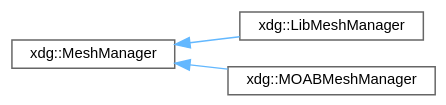
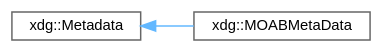
One commit to xdg-org/xdg changed the diagram in inherit_graph_9.dot. Above: the diagram before and after it, drawn with Graphviz. The commit also changed 60 other files, not shown here.

```diff
--- a/inherit_graph_9.dot
+++ b/inherit_graph_9.dot
@@ -1,13 +1,11 @@
 digraph "Graphical Class Hierarchy"
 {
  // LATEX_PDF_SIZE
   bgcolor="transparent";
   edge [fontname=Helvetica,fontsize=10,labelfontname=Helvetica,labelfontsize=10];
   node [fontname=Helvetica,fontsize=10,shape=box,height=0.2,width=0.4];
   rankdir="LR";
-  Node0 [id="Node000000",label="xdg::MeshManager",height=0.2,width=0.4,color="grey40", fillcolor="white", style="filled",URL="$classxdg_1_1MeshManager.html",tooltip=" "];
-  Node0 -> Node1 [id="edge7_Node000000_Node000001",dir="back",color="steelblue1",style="solid",tooltip=" "];
-  Node1 [id="Node000001",label="xdg::LibMeshManager",height=0.2,width=0.4,color="grey40", fillcolor="white", style="filled",URL="$classxdg_1_1LibMeshManager.html",tooltip=" "];
-  Node0 -> Node2 [id="edge8_Node000000_Node000002",dir="back",color="steelblue1",style="solid",tooltip=" "];
-  Node2 [id="Node000002",label="xdg::MOABMeshManager",height=0.2,width=0.4,color="grey40", fillcolor="white", style="filled",URL="$classxdg_1_1MOABMeshManager.html",tooltip=" "];
+  Node0 [id="Node000000",label="xdg::Metadata",height=0.2,width=0.4,color="grey40", fillcolor="white", style="filled",URL="$classxdg_1_1Metadata.html",tooltip=" "];
+  Node0 -> Node1 [id="edge9_Node000000_Node000001",dir="back",color="steelblue1",style="solid",tooltip=" "];
+  Node1 [id="Node000001",label="xdg::MOABMetaData",height=0.2,width=0.4,color="grey40", fillcolor="white", style="filled",URL="$classxdg_1_1MOABMetaData.html",tooltip=" "];
 }
```
